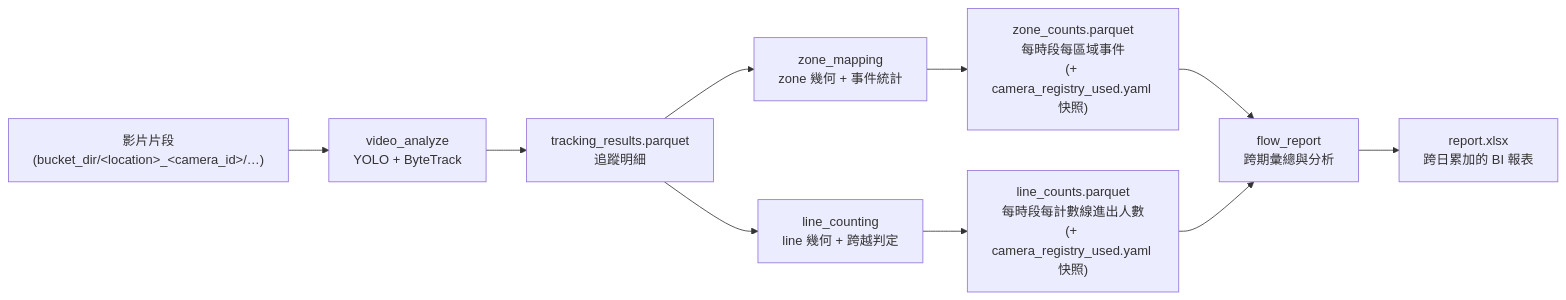
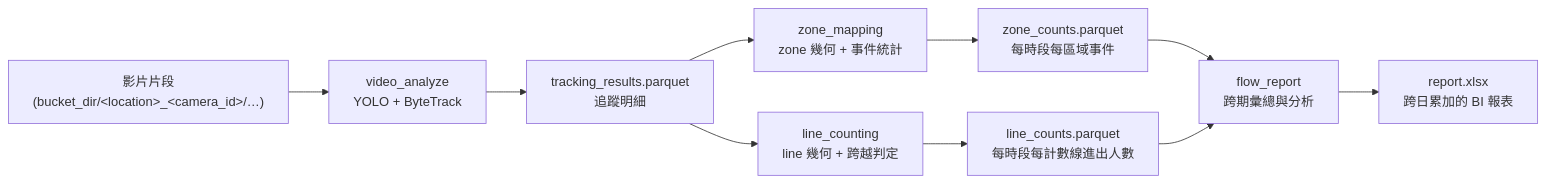
One commit to ivansu-eslite/video-flow-analytics changed the diagram in README.md. Above: the diagram before and after it, drawn with Mermaid. The commit also changed other lines of this file and 9 other files, not shown here.

````diff
--- a/README.md
+++ b/README.md
@@ -38,15 +38,15 @@
 ```mermaid
 flowchart LR
     V["影片片段<br/>(bucket_dir/&lt;location&gt;_&lt;camera_id&gt;/…)"]
     A["video_analyze<br/>YOLO + ByteTrack"]
     T["tracking_results.parquet<br/>追蹤明細"]
     Z["zone_mapping<br/>zone 幾何 + 事件統計"]
-    C["zone_counts.parquet<br/>每時段每區域事件<br/>(+ camera_registry_used.yaml 快照)"]
+    C["zone_counts.parquet<br/>每時段每區域事件"]
     L["line_counting<br/>line 幾何 + 跨越判定"]
-    N["line_counts.parquet<br/>每時段每計數線進出人數<br/>(+ camera_registry_used.yaml 快照)"]
+    N["line_counts.parquet<br/>每時段每計數線進出人數"]
     R["flow_report<br/>跨期彙總與分析"]
     X["report.xlsx<br/>跨日累加的 BI 報表"]
 
     V --> A --> T --> Z --> C --> R --> X
     T --> L --> N --> R
 ```
````
